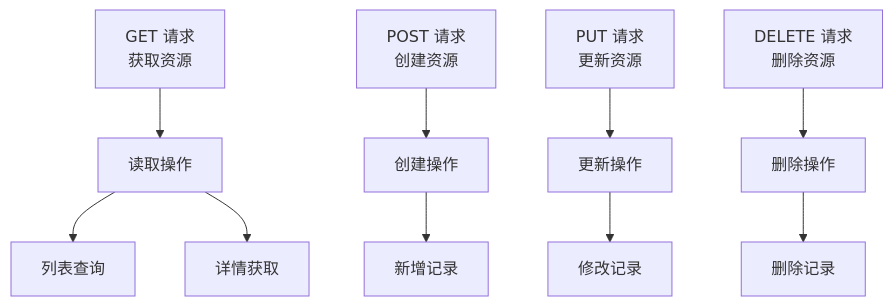
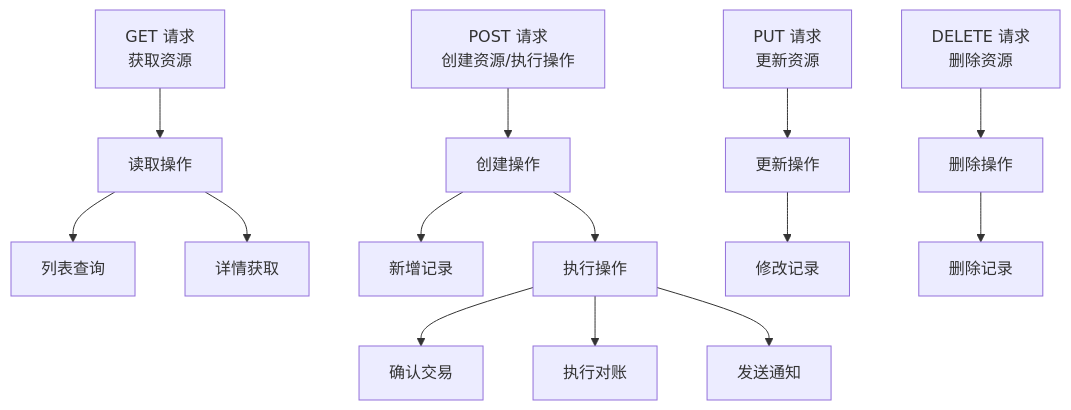
The third of 13 diagrams in .qoder/repowiki/zh/content/后端系统/API路由系统.md (guyuefangyuanl/Over-the-counter-options), drawn with Mermaid before and after one commit. The commit also changed other lines of this file and 29 other files, not shown here.

````diff
--- a/.qoder/repowiki/zh/content/后端系统/API路由系统.md
+++ b/.qoder/repowiki/zh/content/后端系统/API路由系统.md
@@ -154,12 +196,16 @@
 ```mermaid
 flowchart TD
 GET["GET 请求<br/>获取资源"] --> READ[读取操作]
-POST["POST 请求<br/>创建资源"] --> CREATE[创建操作]
+POST["POST 请求<br/>创建资源/执行操作"] --> CREATE[创建操作]
 PUT["PUT 请求<br/>更新资源"] --> UPDATE[更新操作]
 DELETE["DELETE 请求<br/>删除资源"] --> DELETE_OP[删除操作]
 READ --> LIST[列表查询]
 READ --> DETAIL[详情获取]
 CREATE --> ADD[新增记录]
+CREATE --> EXECUTE[执行操作]
 UPDATE --> MODIFY[修改记录]
 DELETE_OP --> REMOVE[删除记录]
+EXECUTE --> CONFIRM[确认交易]
+EXECUTE --> RECONCILE[执行对账]
+EXECUTE --> SEND_NOTIFY[发送通知]
 ```
````
